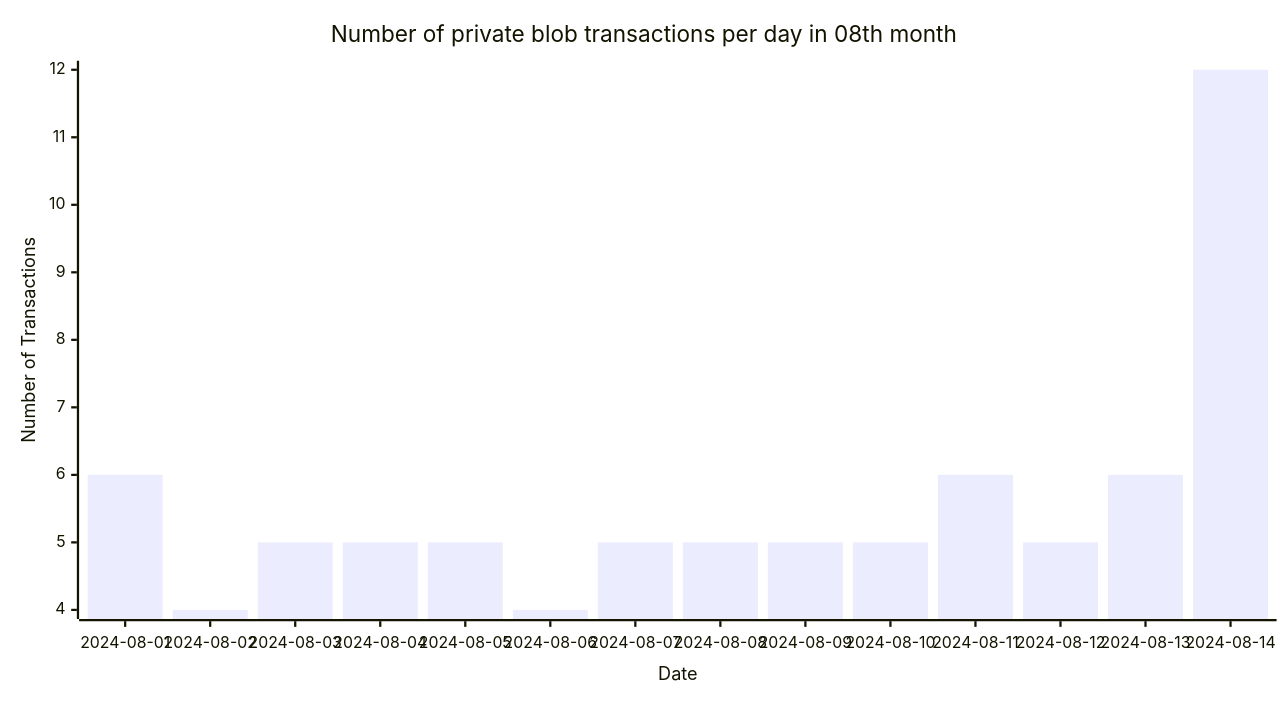
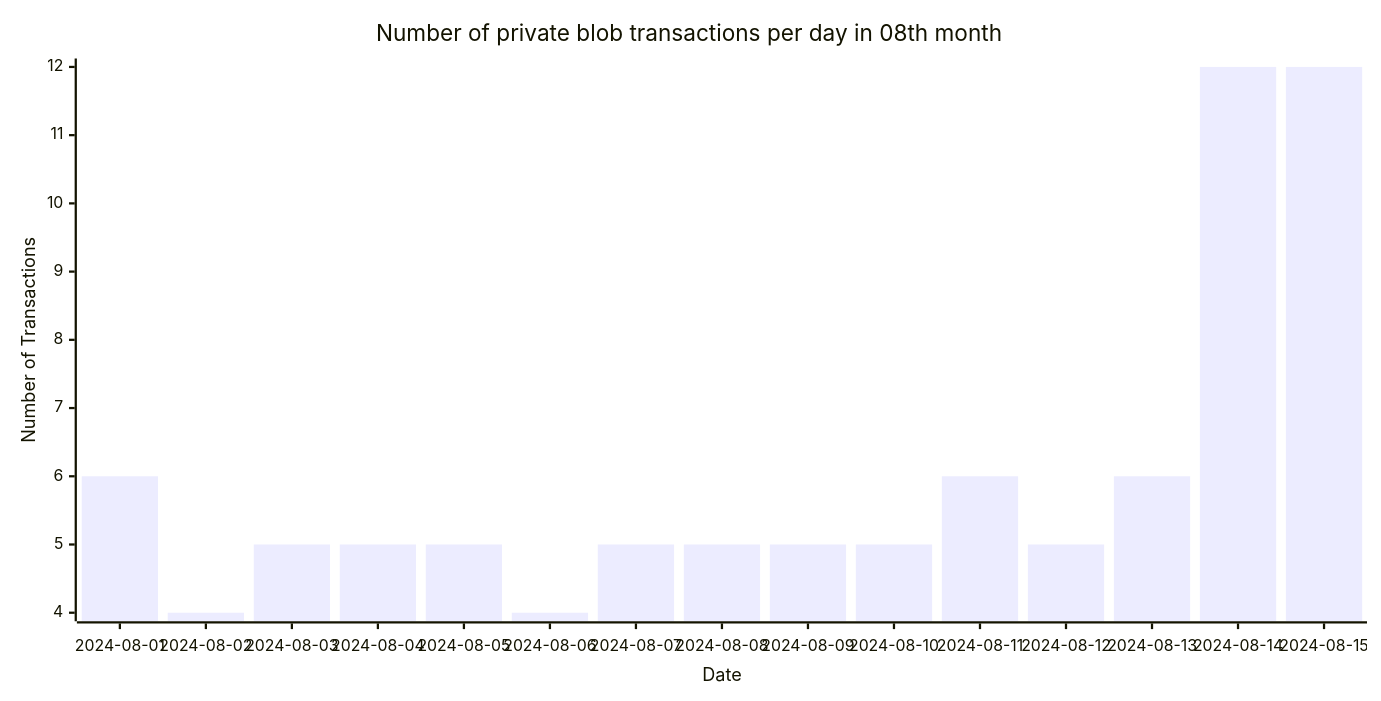
The sixth of 6 diagrams in README.md (Amit0617/eip4844-data), drawn with Mermaid before and after one commit. The commit also changed 1 other file, not shown here.

````diff
--- a/README.md
+++ b/README.md
@@ -66,12 +66,12 @@
 ```mermaid
 ---
 config:
     xyChart:
-        width: 1120
+        width: 1200
         height: 600
 ---
 xychart-beta title "Number of private blob transactions per day in 08th month"
-x-axis "Date" [2024-08-01,2024-08-02,2024-08-03,2024-08-04,2024-08-05,2024-08-06,2024-08-07,2024-08-08,2024-08-09,2024-08-10,2024-08-11,2024-08-12,2024-08-13,2024-08-14]
+x-axis "Date" [2024-08-01,2024-08-02,2024-08-03,2024-08-04,2024-08-05,2024-08-06,2024-08-07,2024-08-08,2024-08-09,2024-08-10,2024-08-11,2024-08-12,2024-08-13,2024-08-14,2024-08-15]
 y-axis "Number of Transactions"
-bar[6,4,5,5,5,4,5,5,5,5,6,5,6,12]
+bar[6,4,5,5,5,4,5,5,5,5,6,5,6,12,12]
 ```
````
